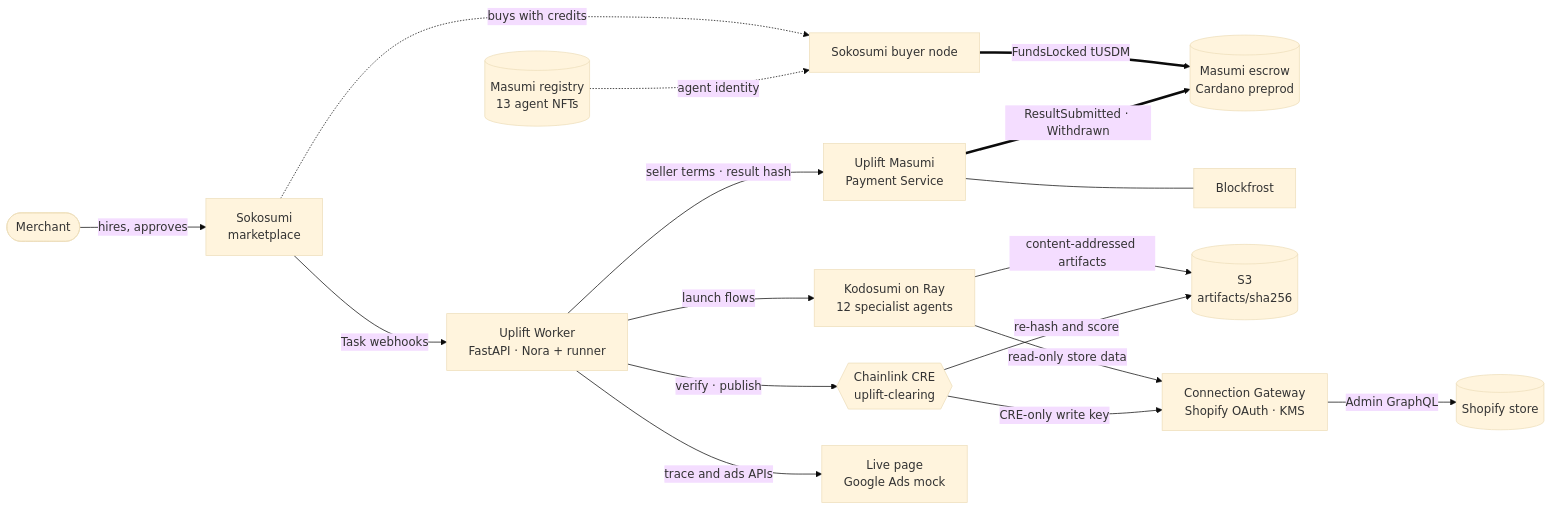
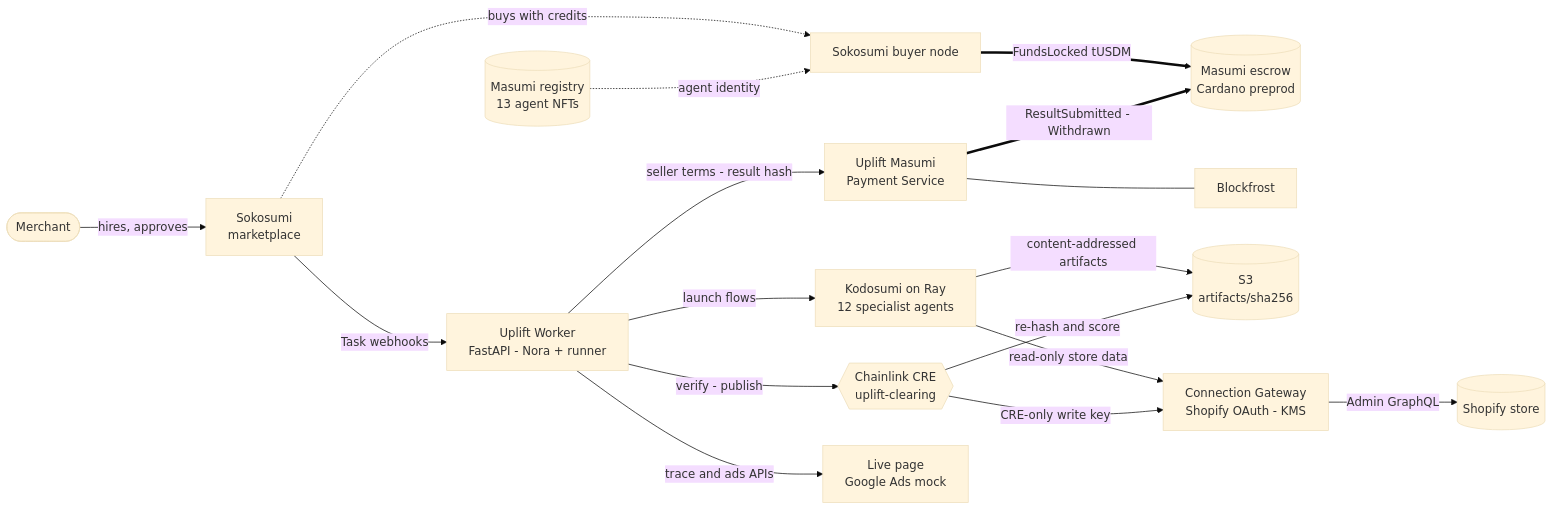
Before and after one commit to Marshal-AM/Uplift: the third of 15 diagrams in README.md, drawn with Mermaid (base theme). The commit also changed other lines of this file, not shown here.

First line of the commit message:
README: Uplift on Cardano, Shopify and Google Ads, with on-chain proof

````diff
--- a/README.md
+++ b/README.md
@@ -403,19 +346,19 @@
 ```mermaid
 flowchart LR
   M([Merchant]) -->|hires, approves| SOKO[Sokosumi<br/>marketplace]
-  SOKO -->|Task webhooks| W[Uplift Worker<br/>FastAPI · Nora + runner]
+  SOKO -->|Task webhooks| W[Uplift Worker<br/>FastAPI - Nora + runner]
   SOKO -.->|buys with credits| BUY[Sokosumi buyer node]
   BUY ==>|FundsLocked tUSDM| ESC[(Masumi escrow<br/>Cardano preprod)]
-  W -->|seller terms · result hash| MPS[Uplift Masumi<br/>Payment Service]
-  MPS ==>|ResultSubmitted · Withdrawn| ESC
+  W -->|seller terms - result hash| MPS[Uplift Masumi<br/>Payment Service]
+  MPS ==>|ResultSubmitted - Withdrawn| ESC
   MPS --- BF[Blockfrost]
   W -->|launch flows| K[Kodosumi on Ray<br/>12 specialist agents]
   K -->|content-addressed artifacts| S3[(S3<br/>artifacts/sha256)]
-  K -->|read-only store data| G[Connection Gateway<br/>Shopify OAuth · KMS]
-  W -->|verify · publish| CRE{{Chainlink CRE<br/>uplift-clearing}}
+  K -->|read-only store data| G[Connection Gateway<br/>Shopify OAuth - KMS]
+  W -->|verify - publish| CRE{{Chainlink CRE<br/>uplift-clearing}}
   CRE -->|re-hash and score| S3
   CRE -->|CRE-only write key| G
   G -->|Admin GraphQL| SHOP[(Shopify store)]
   REG[(Masumi registry<br/>13 agent NFTs)] -.->|agent identity| BUY
   W -->|trace and ads APIs| LIVE[Live page<br/>Google Ads mock]
 ```
````
